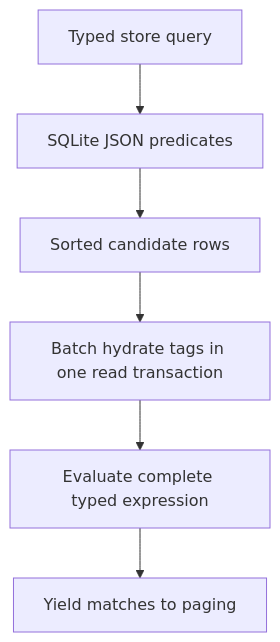
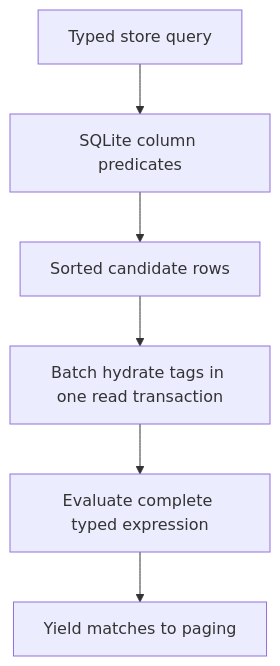
Before and after one commit to TheFellow/TheFellow.github.io: the second of 2 diagrams in _guides/typed-filtering-over-sqlite.md, drawn with Mermaid. The commit also changed other lines of this file and 19 other files, not shown here.

````diff
--- a/_guides/typed-filtering-over-sqlite.md
+++ b/_guides/typed-filtering-over-sqlite.md
@@ -116,8 +116,8 @@
 ```mermaid
 flowchart TD
-    Q[Typed store query] --> P[SQLite JSON predicates]
+    Q[Typed store query] --> P[SQLite column predicates]
     P --> C[Sorted candidate rows]
     C --> T[Batch hydrate tags in one read transaction]
     T --> F[Evaluate complete typed expression]
     F --> Y[Yield matches to paging]
 ```
````
